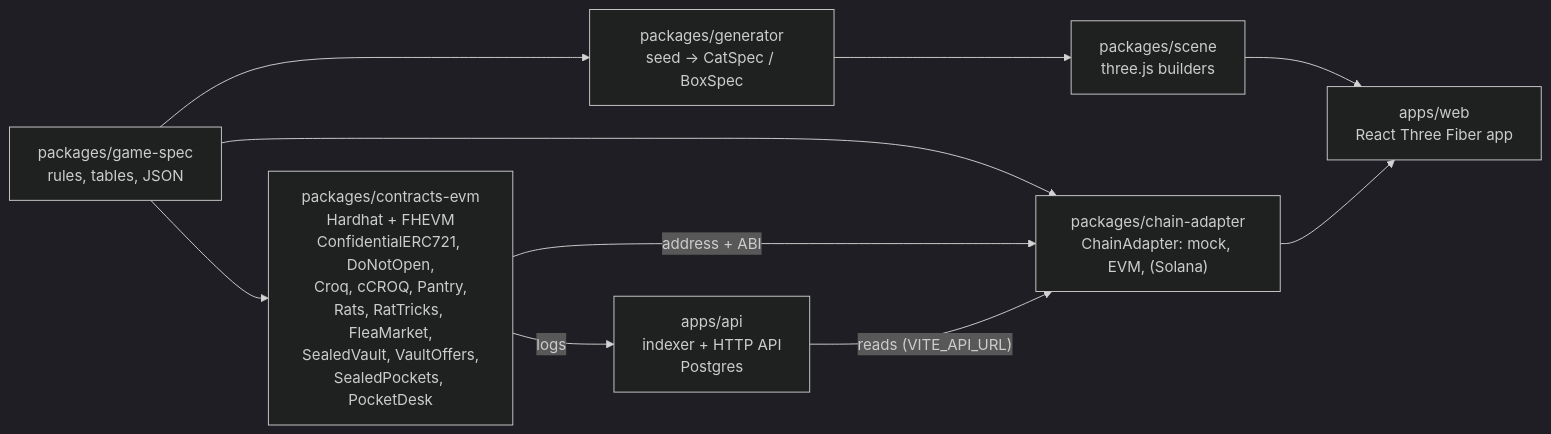
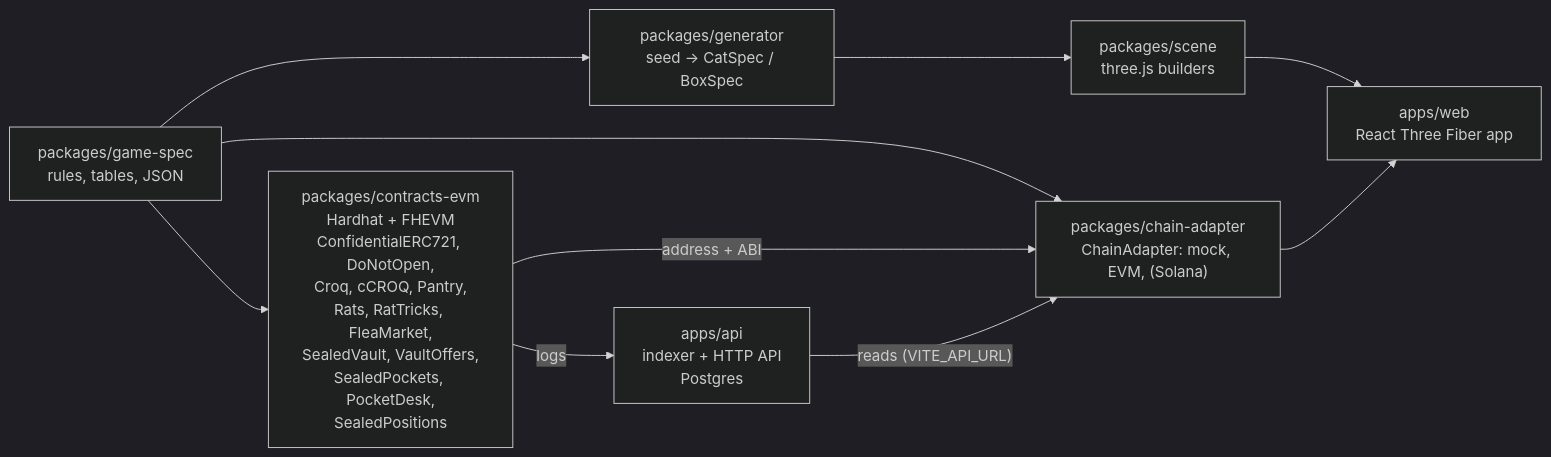
Before and after one commit to jecombe/do_not_open: the second of 2 diagrams in README.md, drawn with Mermaid (dark theme). The commit also changed other lines of this file and 23 other files, not shown here.

Commit message:
Bring the liquidity positions into every doc, the vault's and the project's pages in four languages, and read waiting fundings in spans

````diff
--- a/README.md
+++ b/README.md
@@ -99,16 +100,16 @@
 ```mermaid
 flowchart LR
   spec["packages/game-spec<br/>rules, tables, JSON"]
   gen["packages/generator<br/>seed -> CatSpec / BoxSpec"]
   scene["packages/scene<br/>three.js builders"]
   web["apps/web<br/>React Three Fiber app"]
-  evm["packages/contracts-evm<br/>Hardhat + FHEVM<br/>ConfidentialERC721, DoNotOpen,<br/>Croq, cCROQ, Pantry,<br/>Rats, RatTricks, FleaMarket,<br/>SealedVault, VaultOffers,<br/>SealedPockets, PocketDesk"]
+  evm["packages/contracts-evm<br/>Hardhat + FHEVM<br/>ConfidentialERC721, DoNotOpen,<br/>Croq, cCROQ, Pantry,<br/>Rats, RatTricks, FleaMarket,<br/>SealedVault, VaultOffers,<br/>SealedPockets, PocketDesk,<br/>SealedPositions"]
   adapter["packages/chain-adapter<br/>ChainAdapter: mock, EVM, (Solana)"]
   api["apps/api<br/>indexer + HTTP API<br/>Postgres"]
 
   spec --> gen --> scene --> web
   spec --> evm
   spec --> adapter
   evm -- address + ABI --> adapter --> web
   evm -- logs --> api -- "reads (VITE_API_URL)" --> adapter
 ```
````
